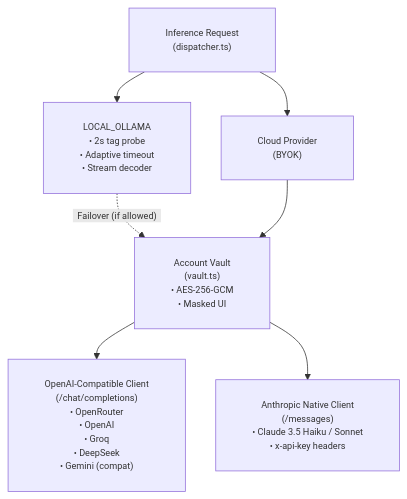
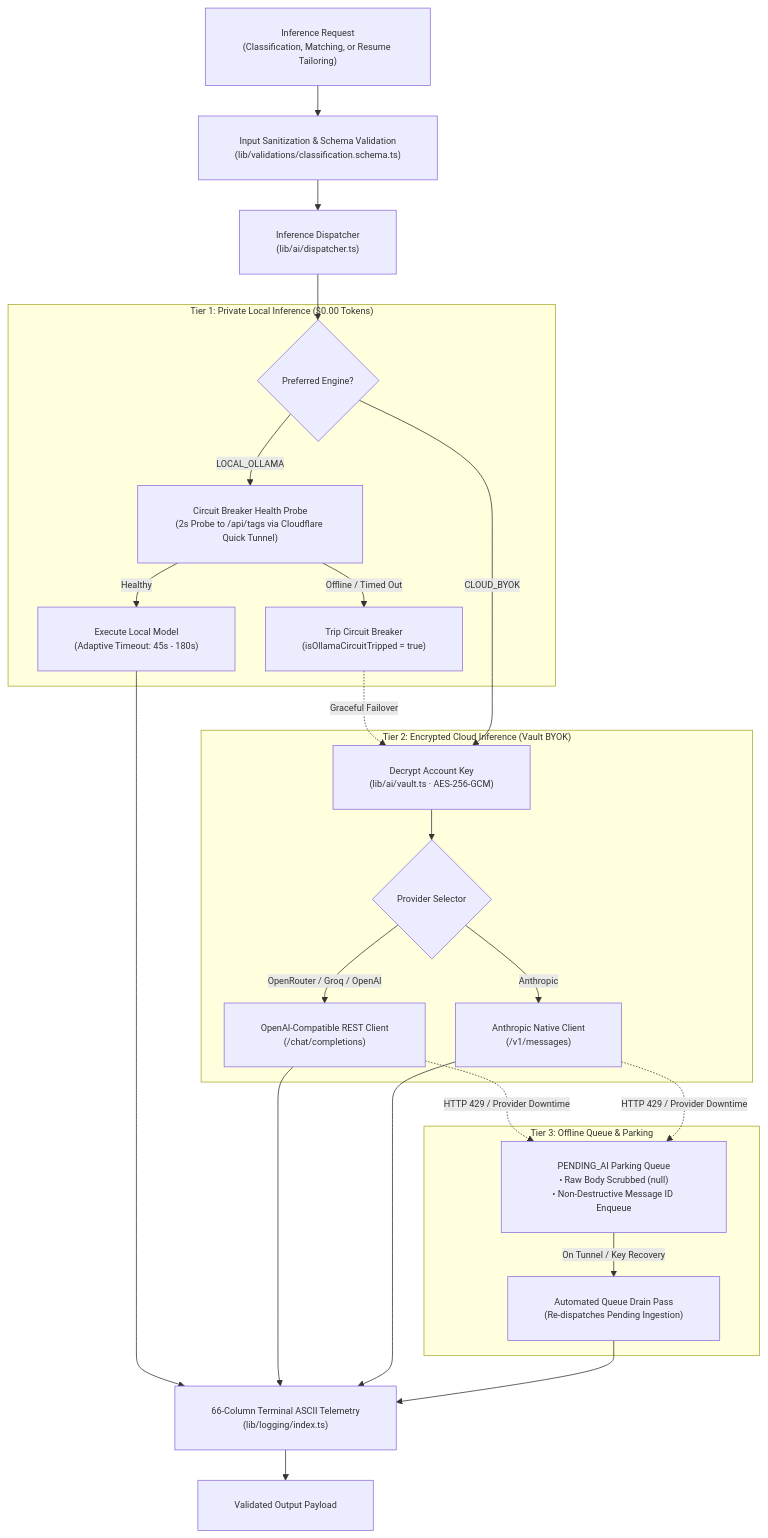
One commit to Marqlo-C/mailpilot changed diagram 12 of 18 in README.md. Above: the diagram before and after it, drawn with Mermaid. The commit also changed other lines of this file and 418 other files, not shown here.

````diff
--- a/README.md
+++ b/README.md
@@ -692,12 +815,32 @@
 ```mermaid
 %%{init: {"themeVariables": {"fontSize": "12px", "fontFamily": "-apple-system, BlinkMacSystemFont, Segoe UI, sans-serif"}, "themeCSS": ".edgeLabel foreignObject { overflow: visible !important; } .edgeLabel span { padding: 0 4px; }", "flowchart": {"padding": 24, "nodeSpacing": 40, "rankSpacing": 40}}}%%
 flowchart TD
-  REQ["Inference Request<br/>(dispatcher.ts)"] --> OLL["LOCAL_OLLAMA<br/>• 2s tag probe<br/>• Adaptive timeout<br/>• Stream decoder"]
-  REQ --> CLOUD["Cloud Provider<br/>(BYOK)"]
+  REQ["Inference Request<br/>(Classification, Matching, or Resume Tailoring)"] --> PRE["Input Sanitization & Schema Validation<br/>(lib/validations/classification.schema.ts)"]
+  PRE --> DISP["Inference Dispatcher<br/>(lib/ai/dispatcher.ts)"]
 
-  OLL -.->|"&nbsp;&nbsp;Failover (if allowed)&nbsp;&nbsp;"| VAULT
-  CLOUD --> VAULT["Account Vault<br/>(vault.ts)<br/>• AES-256-GCM<br/>• Masked UI"]
+  DISP --> CHECK{"Preferred Engine?"}
 
-  VAULT --> OAICLIENT["OpenAI-Compatible Client<br/>(/chat/completions)<br/>• OpenRouter<br/>• OpenAI<br/>• Groq<br/>• DeepSeek<br/>• Gemini (compat)"]
-  VAULT --> ANTHRO["Anthropic Native Client<br/>(/messages)<br/>• Claude 3.5 Haiku / Sonnet<br/>• x-api-key headers"]
+  subgraph LocalOllama["Tier 1: Private Local Inference ($0.00 Tokens)"]
+    CHECK -->|"LOCAL_OLLAMA"| PROBE["Circuit Breaker Health Probe<br/>(2s Probe to /api/tags via Cloudflare Quick Tunnel)"]
+    PROBE -->|"Healthy"| OLL_EXEC["Execute Local Model<br/>(Adaptive Timeout: 45s - 180s)"]
+    PROBE -->|"Offline / Timed Out"| TRIP["Trip Circuit Breaker<br/>(isOllamaCircuitTripped = true)"]
+  end
+
+  subgraph CloudBYOK["Tier 2: Encrypted Cloud Inference (Vault BYOK)"]
+    TRIP -.->|"Graceful Failover"| VAULT["Decrypt Account Key<br/>(lib/ai/vault.ts · AES-256-GCM)"]
+    CHECK -->|"CLOUD_BYOK"| VAULT
+    VAULT --> CLOUD_ROUTER{"Provider Selector"}
+    CLOUD_ROUTER -->|"OpenRouter / Groq / OpenAI"| OAI["OpenAI-Compatible REST Client<br/>(/chat/completions)"]
+    CLOUD_ROUTER -->|"Anthropic"| ANTHRO["Anthropic Native Client<br/>(/v1/messages)"]
+  end
+
+  subgraph Resilience["Tier 3: Offline Queue & Parking"]
+    OAI & ANTHRO -.->|"HTTP 429 / Provider Downtime"| PARK["PENDING_AI Parking Queue<br/>• Raw Body Scrubbed (null)<br/>• Non-Destructive Message ID Enqueue"]
+    PARK -->|"On Tunnel / Key Recovery"| DRAIN["Automated Queue Drain Pass<br/>(Re-dispatches Pending Ingestion)"]
+  end
+
+  OLL_EXEC --> TELEMETRY["66-Column Terminal ASCII Telemetry<br/>(lib/logging/index.ts)"]
+  OAI & ANTHRO --> TELEMETRY
+  DRAIN --> TELEMETRY
+  TELEMETRY --> RET["Validated Output Payload"]
 ```
````
